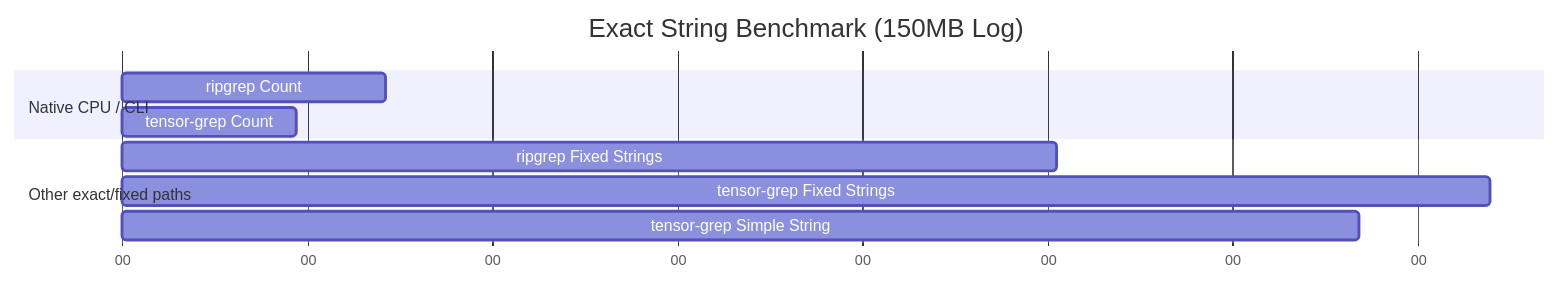
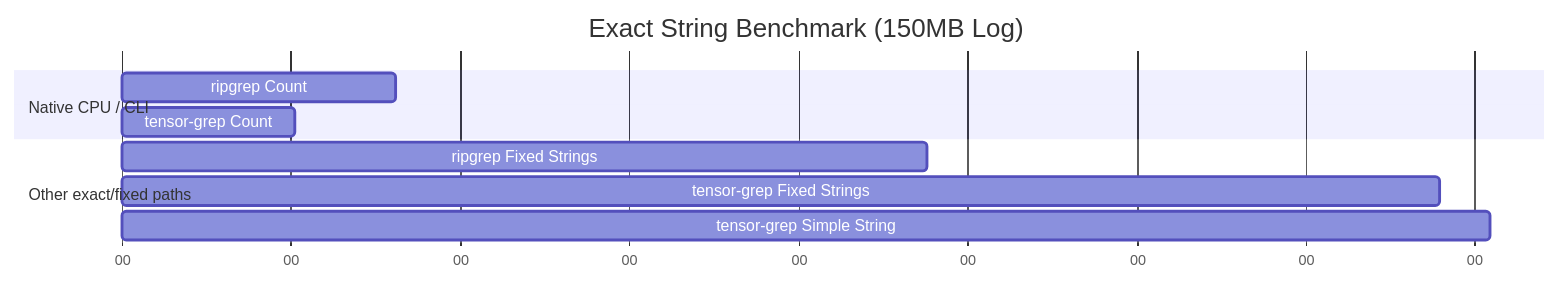
The third of 3 diagrams in docs/PAPER.md (oimiragieo/tensor-grep), drawn with Mermaid before and after one commit. The commit also changed other lines of this file and 7 other files, not shown here.

````diff
--- a/docs/PAPER.md
+++ b/docs/PAPER.md
@@ -128,15 +128,15 @@
 ```mermaid
 gantt
     title Exact String Benchmark (150MB Log)
     dateFormat  s
     axisFormat %S
     
     section Native CPU / CLI
-    ripgrep Count              :a1, 0, 0.142s
-    tensor-grep Count          :a2, 0, 0.094s
+    ripgrep Count              :a1, 0, 0.162s
+    tensor-grep Count          :a2, 0, 0.102s
     
     section Other exact/fixed paths
-    ripgrep Fixed Strings      :a3, 0, 0.505s
-    tensor-grep Fixed Strings  :a4, 0, 0.739s
-    tensor-grep Simple String  :a5, 0, 0.668s
+    ripgrep Fixed Strings      :a3, 0, 0.476s
+    tensor-grep Fixed Strings  :a4, 0, 0.779s
+    tensor-grep Simple String  :a5, 0, 0.809s
 ```
````
